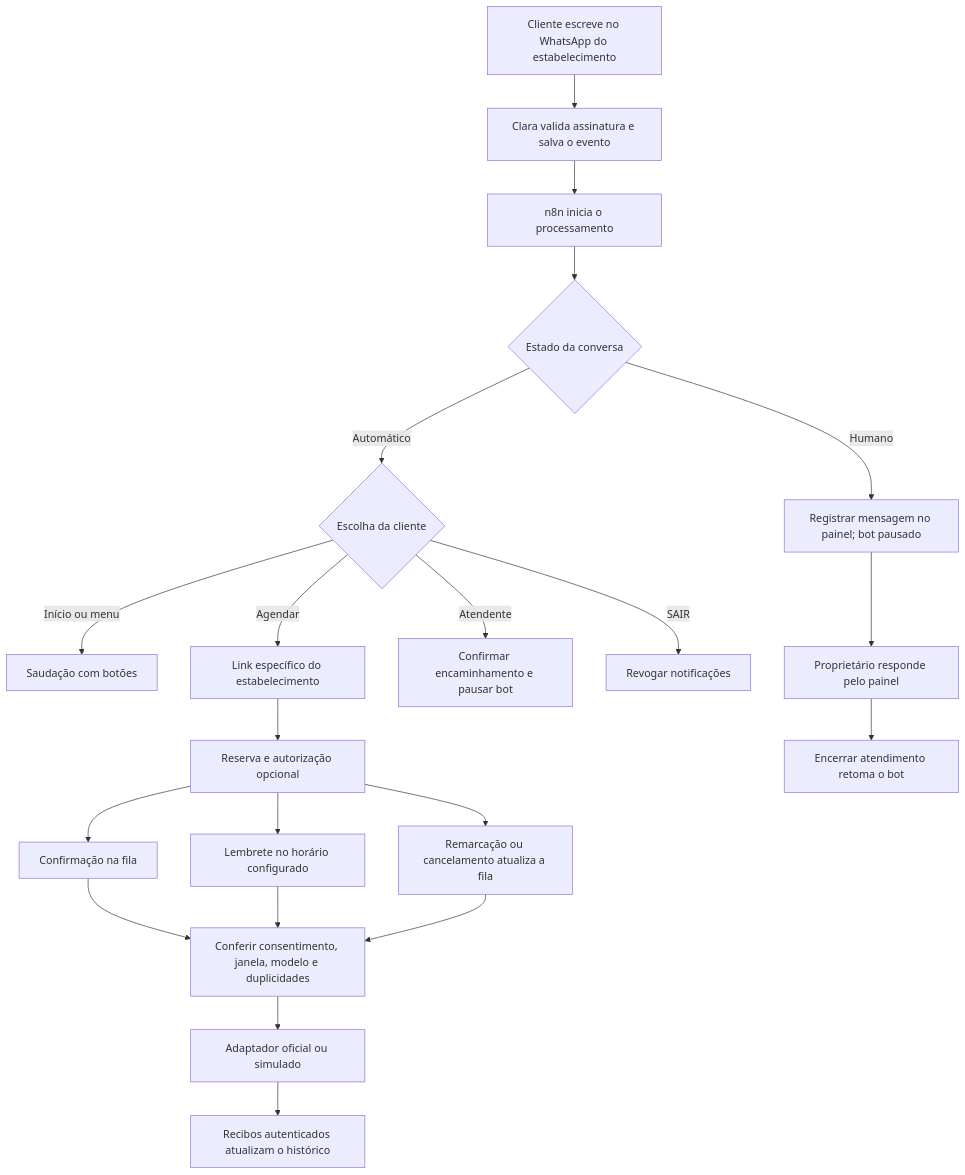
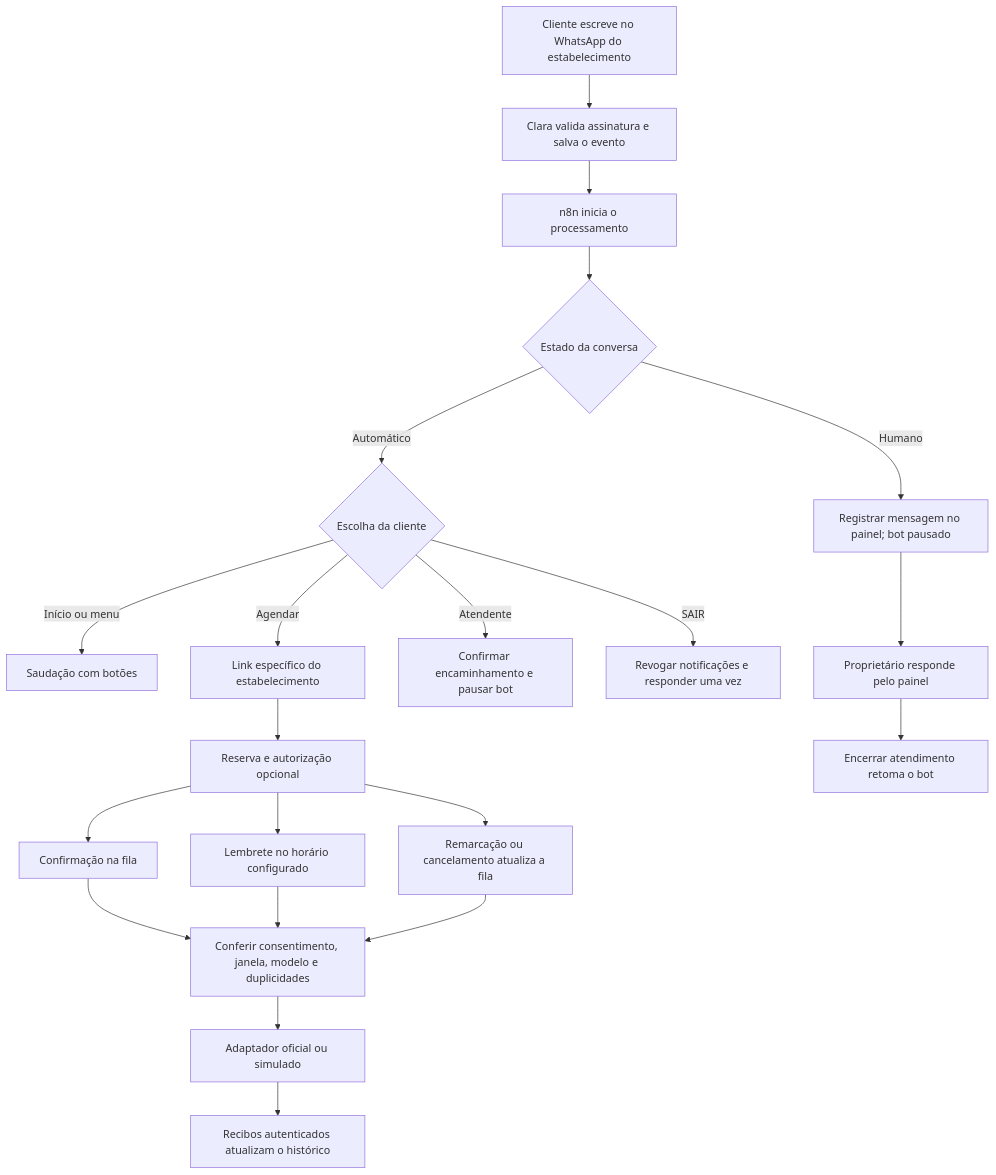
One commit to alanvinicius26/claraapp changed the diagram in WHATSAPP-ATENDIMENTO.md. Above: the diagram before and after it, drawn with Mermaid. The commit also changed other lines of this file and 40 other files, not shown here.

````diff
--- a/WHATSAPP-ATENDIMENTO.md
+++ b/WHATSAPP-ATENDIMENTO.md
@@ -9,23 +83,23 @@
 ```mermaid
 flowchart TD
     A[Cliente escreve no WhatsApp do estabelecimento] --> B[Clara valida assinatura e salva o evento]
     B --> C[n8n inicia o processamento]
     C --> D{Estado da conversa}
     D -->|Humano| E[Registrar mensagem no painel; bot pausado]
     D -->|Automático| F{Escolha da cliente}
     F -->|Início ou menu| G[Saudação com botões]
     F -->|Agendar| H[Link específico do estabelecimento]
     F -->|Atendente| I[Confirmar encaminhamento e pausar bot]
-    F -->|SAIR| J[Revogar notificações]
+    F -->|SAIR| J[Revogar notificações e responder uma vez]
     H --> K[Reserva e autorização opcional]
     K --> L[Confirmação na fila]
     K --> M[Lembrete no horário configurado]
     K --> N[Remarcação ou cancelamento atualiza a fila]
     E --> O[Proprietário responde pelo painel]
     O --> P[Encerrar atendimento retoma o bot]
     L --> Q[Conferir consentimento, janela, modelo e duplicidades]
     M --> Q
     N --> Q
     Q --> R[Adaptador oficial ou simulado]
     R --> S[Recibos autenticados atualizam o histórico]
 ```
````
